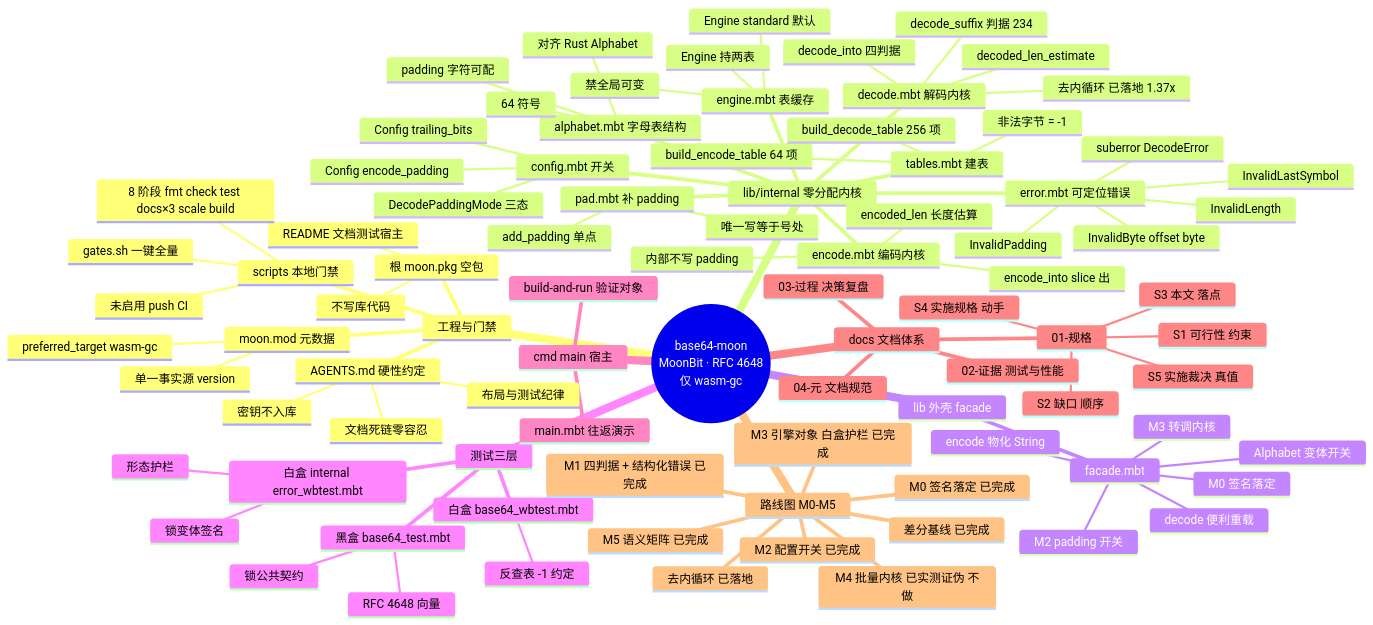
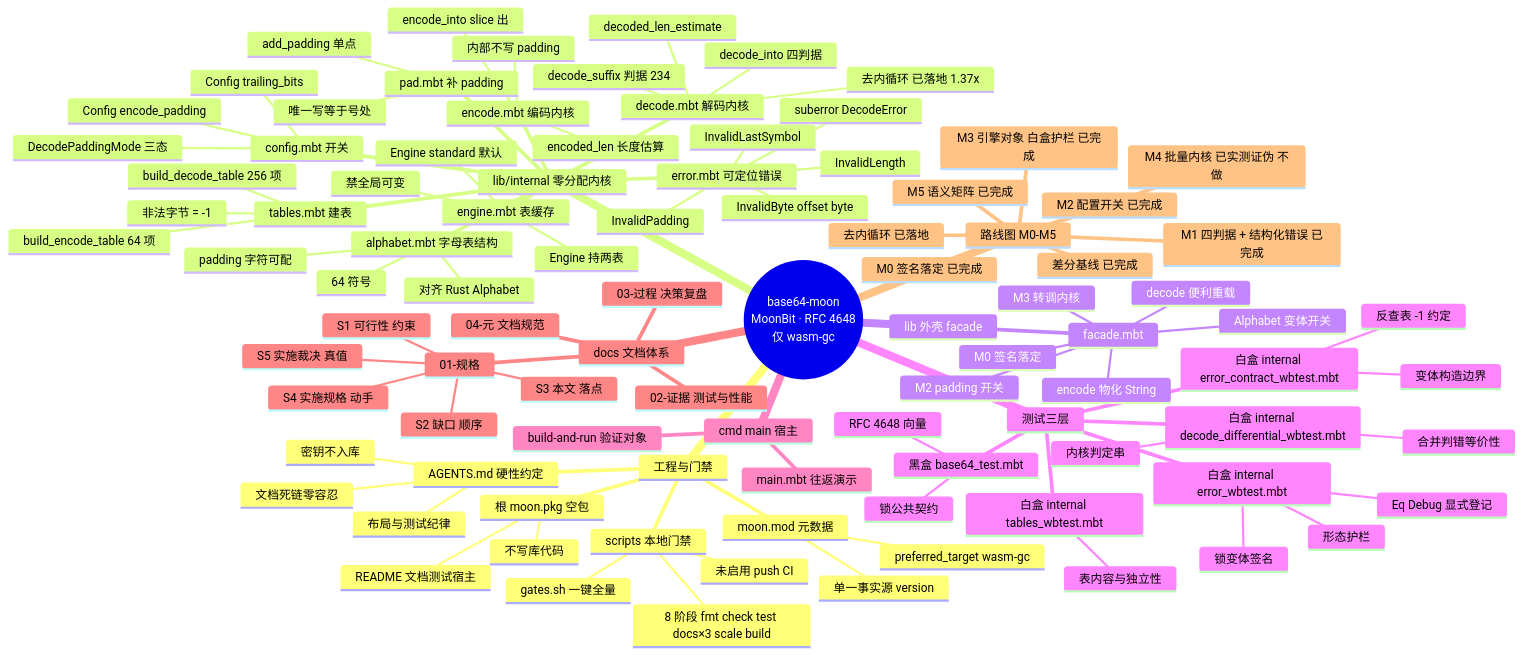
Before and after one commit to TryAndRun-TvT/base64-moon: the diagram in docs/01-规格/S3-架构分层与子包职责.md, drawn with Mermaid. The commit also changed other lines of this file and 32 other files, not shown here.

```diff
--- a/docs/01-规格/S3-架构分层与子包职责.md
+++ b/docs/01-规格/S3-架构分层与子包职责.md
@@ -221,11 +225,18 @@
       黑盒 base64_test.mbt
         RFC 4648 向量
         锁公共契约
-      白盒 base64_wbtest.mbt
-        反查表 -1 约定
       白盒 internal error_wbtest.mbt
         形态护栏
         锁变体签名
+        Eq Debug 显式登记
+      白盒 internal error_contract_wbtest.mbt
+        反查表 -1 约定
+        变体构造边界
+      白盒 internal tables_wbtest.mbt
+        表内容与独立性
+      白盒 internal decode_differential_wbtest.mbt
+        内核判定串
+        合并判错等价性
     cmd main 宿主
       main.mbt 往返演示
       build-and-run 验证对象
```
